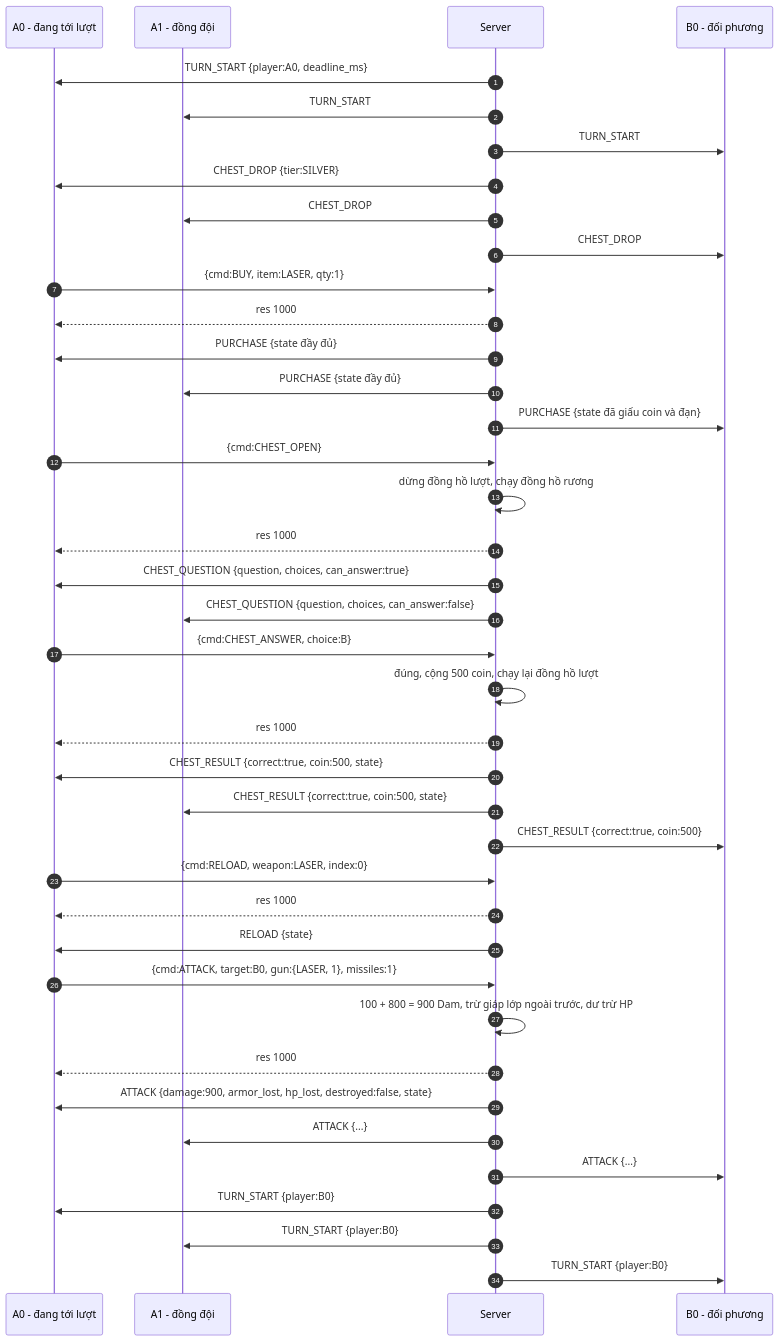
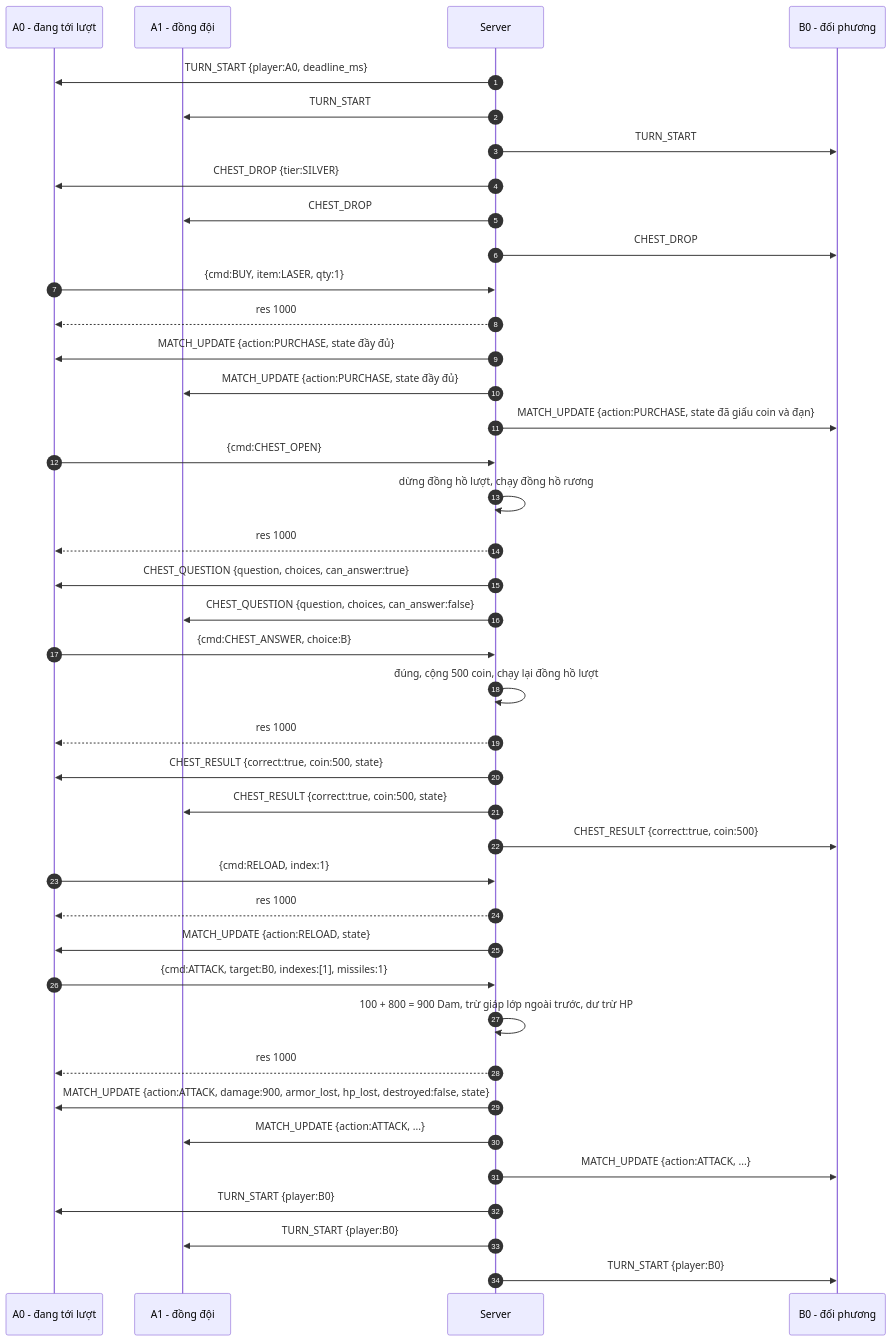
One commit to dson19/network changed the diagram in Project/docs/design/diagrams/sequence/04-full-turn.md. Above: the diagram before and after it, drawn with Mermaid. The commit also changed 24 other files, not shown here.

First line of the commit message:
Project: user_id identity, MATCH_UPDATE event, gun slots, PLAYER_LIST; rewrite report tables

````diff
--- a/Project/docs/design/diagrams/sequence/04-full-turn.md
+++ b/Project/docs/design/diagrams/sequence/04-full-turn.md
@@ -5,48 +5,48 @@
 ```mermaid
 sequenceDiagram
     autonumber
     participant A as A0 - đang tới lượt
     participant T as A1 - đồng đội
     participant S as Server
     participant B as B0 - đối phương
 
     S->>A: TURN_START {player:A0, deadline_ms}
     S->>T: TURN_START
     S->>B: TURN_START
     S->>A: CHEST_DROP {tier:SILVER}
     S->>T: CHEST_DROP
     S->>B: CHEST_DROP
 
     A->>S: {cmd:BUY, item:LASER, qty:1}
     S-->>A: res 1000
-    S->>A: PURCHASE {state đầy đủ}
-    S->>T: PURCHASE {state đầy đủ}
-    S->>B: PURCHASE {state đã giấu coin và đạn}
+    S->>A: MATCH_UPDATE {action:PURCHASE, state đầy đủ}
+    S->>T: MATCH_UPDATE {action:PURCHASE, state đầy đủ}
+    S->>B: MATCH_UPDATE {action:PURCHASE, state đã giấu coin và đạn}
 
     A->>S: {cmd:CHEST_OPEN}
     S->>S: dừng đồng hồ lượt, chạy đồng hồ rương
     S-->>A: res 1000
     S->>A: CHEST_QUESTION {question, choices, can_answer:true}
     S->>T: CHEST_QUESTION {question, choices, can_answer:false}
 
     A->>S: {cmd:CHEST_ANSWER, choice:B}
     S->>S: đúng, cộng 500 coin, chạy lại đồng hồ lượt
     S-->>A: res 1000
     S->>A: CHEST_RESULT {correct:true, coin:500, state}
     S->>T: CHEST_RESULT {correct:true, coin:500, state}
     S->>B: CHEST_RESULT {correct:true, coin:500}
 
-    A->>S: {cmd:RELOAD, weapon:LASER, index:0}
+    A->>S: {cmd:RELOAD, index:1}
     S-->>A: res 1000
-    S->>A: RELOAD {state}
+    S->>A: MATCH_UPDATE {action:RELOAD, state}
 
-    A->>S: {cmd:ATTACK, target:B0, gun:{LASER, 1}, missiles:1}
+    A->>S: {cmd:ATTACK, target:B0, indexes:[1], missiles:1}
     S->>S: 100 + 800 = 900 Dam, trừ giáp lớp ngoài trước, dư trừ HP
     S-->>A: res 1000
-    S->>A: ATTACK {damage:900, armor_lost, hp_lost, destroyed:false, state}
-    S->>T: ATTACK {...}
-    S->>B: ATTACK {...}
+    S->>A: MATCH_UPDATE {action:ATTACK, damage:900, armor_lost, hp_lost, destroyed:false, state}
+    S->>T: MATCH_UPDATE {action:ATTACK, ...}
+    S->>B: MATCH_UPDATE {action:ATTACK, ...}
     S->>A: TURN_START {player:B0}
     S->>T: TURN_START {player:B0}
     S->>B: TURN_START {player:B0}
 ```
````
